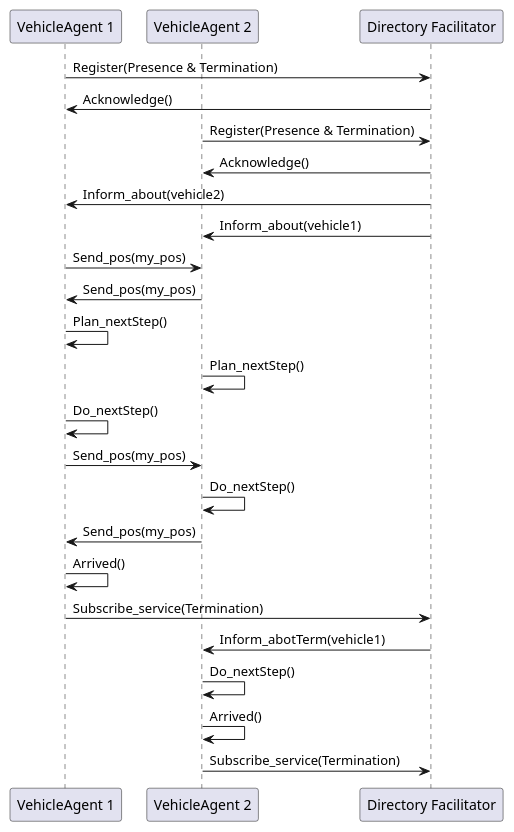
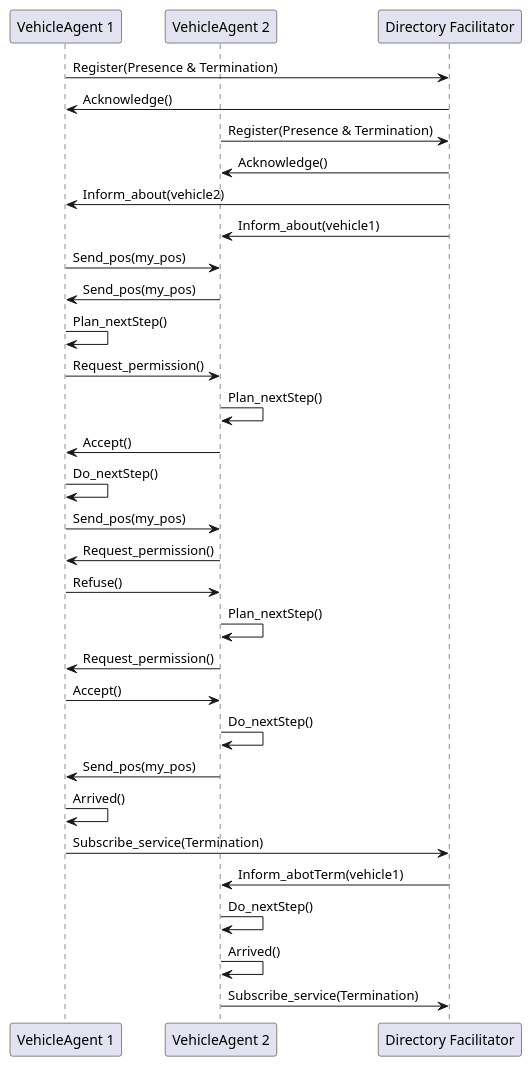
One commit to ZathSL/Multi-agent-intersection-Jade changed the diagram in MAS_Intersection/src/sequence-diagram.puml. Above: the diagram before and after it, drawn with PlantUML. The commit also changed 7 other files, not shown here.

```diff
--- a/MAS_Intersection/src/sequence-diagram.puml
+++ b/MAS_Intersection/src/sequence-diagram.puml
@@ -1,28 +1,35 @@
 @startuml
 participant "VehicleAgent 1" as vehicle1
 participant "VehicleAgent 2" as vehicle2
 participant "Directory Facilitator" as facilitator
 
 vehicle1 -> facilitator: Register(Presence & Termination)
 facilitator -> vehicle1: Acknowledge()
 vehicle2 -> facilitator: Register(Presence & Termination)
 facilitator -> vehicle2: Acknowledge()
 facilitator -> vehicle1: Inform_about(vehicle2)
 facilitator -> vehicle2: Inform_about(vehicle1)
 vehicle1 -> vehicle2: Send_pos(my_pos)
 vehicle2 -> vehicle1: Send_pos(my_pos)
 vehicle1 -> vehicle1: Plan_nextStep()
+vehicle1 -> vehicle2: Request_permission()
 vehicle2 -> vehicle2: Plan_nextStep()
+vehicle2 -> vehicle1: Accept()
 vehicle1 -> vehicle1: Do_nextStep()
 vehicle1 -> vehicle2: Send_pos(my_pos)
+vehicle2 -> vehicle1: Request_permission()
+vehicle1 -> vehicle2: Refuse()
+vehicle2 -> vehicle2: Plan_nextStep()
+vehicle2 -> vehicle1: Request_permission()
+vehicle1 -> vehicle2: Accept()
 vehicle2 -> vehicle2: Do_nextStep()
 vehicle2 -> vehicle1: Send_pos(my_pos)
 vehicle1 -> vehicle1: Arrived()
 vehicle1 -> facilitator: Subscribe_service(Termination)
 facilitator -> vehicle2: Inform_abotTerm(vehicle1)
 vehicle2 -> vehicle2: Do_nextStep()
 vehicle2 -> vehicle2 : Arrived()
 vehicle2 -> facilitator: Subscribe_service(Termination)
 
 
 @enduml
```
